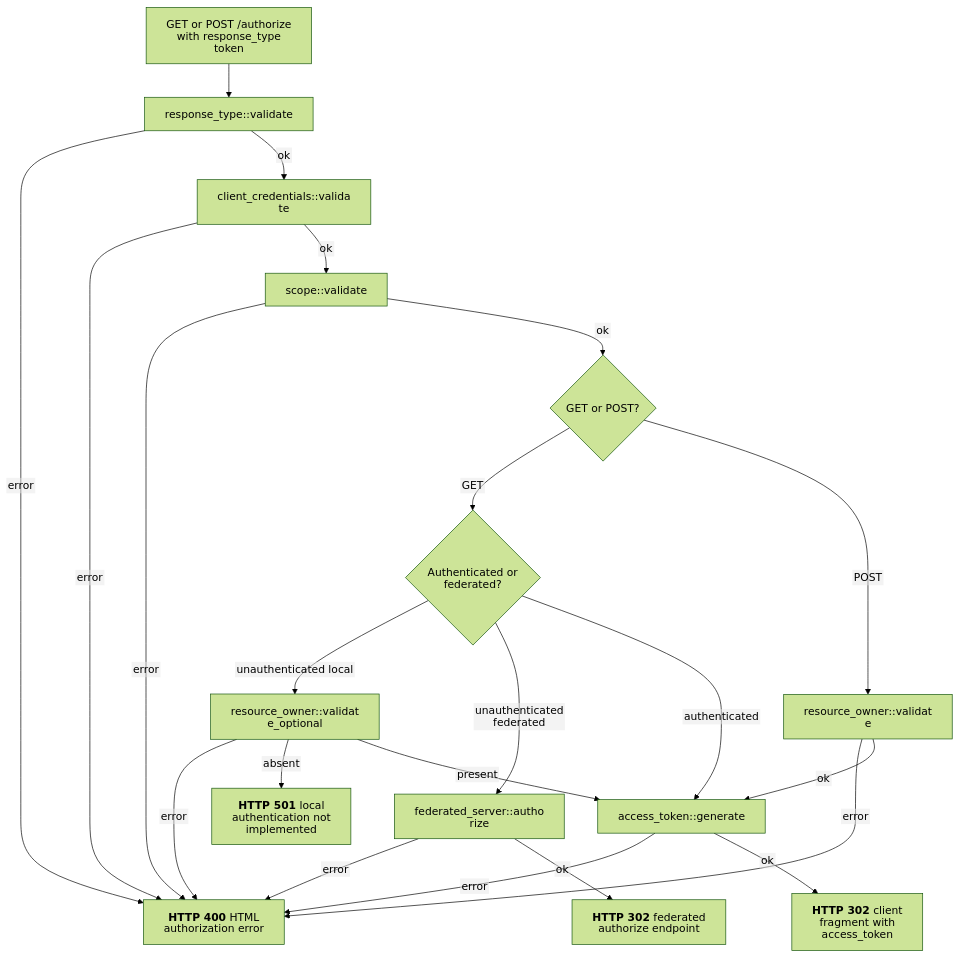
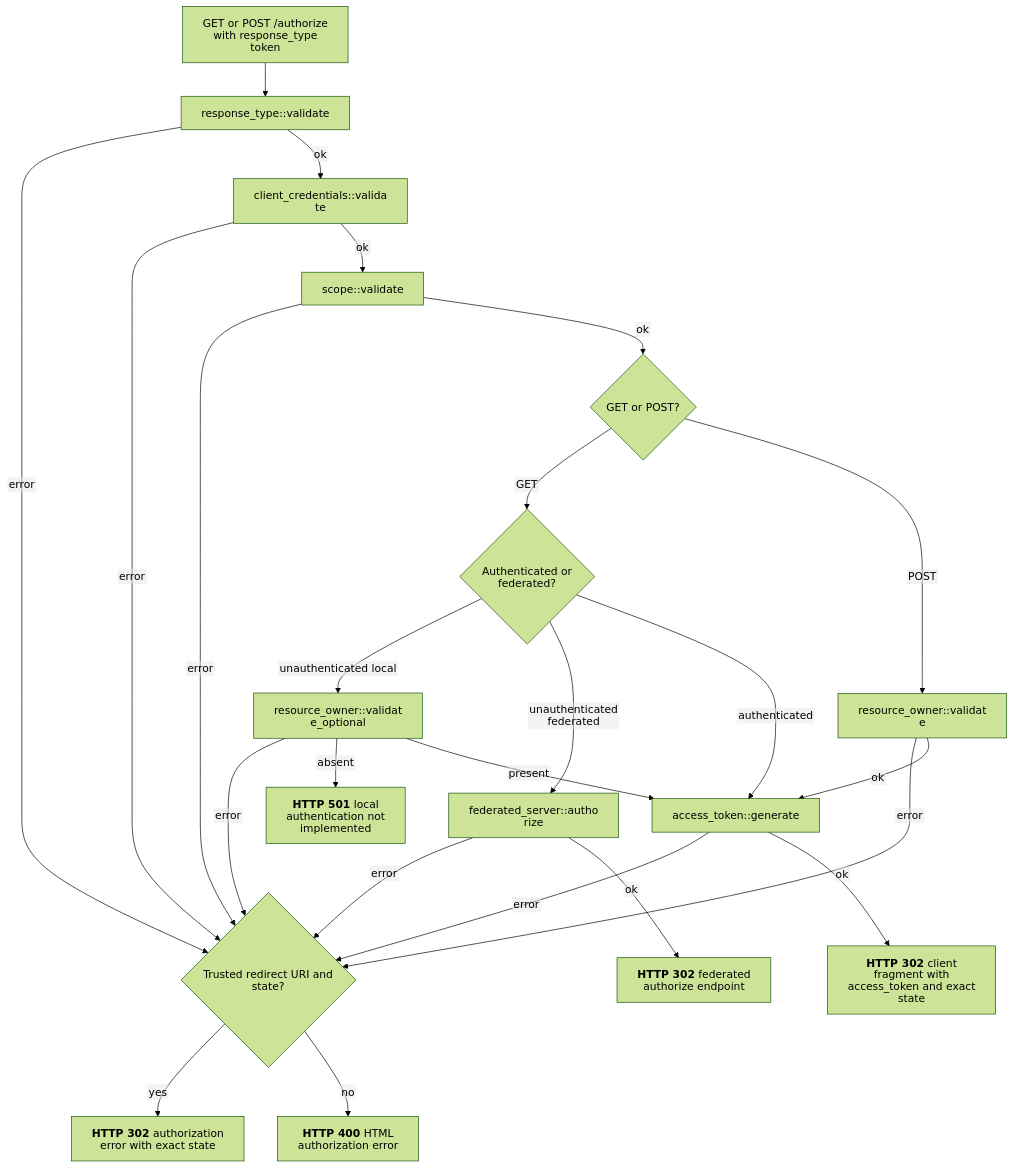
Before and after one commit to malach-it/kagome: the diagram in docs/flows/oauth/implicit.mmd, drawn with Mermaid (forest theme). The commit also changed 18 other files, not shown here.

Commit message:
fix: preserve authorization response state

```diff
--- a/docs/flows/oauth/implicit.mmd
+++ b/docs/flows/oauth/implicit.mmd
@@ -1,23 +1,25 @@
 %%{init: {"htmlLabels": false, "flowchart": {"htmlLabels": false}}}%%
 flowchart TD
     start[GET or POST /authorize with response_type token] --> response_type["response_type::validate"]
-    response_type -- error --> authorize_error["`**HTTP 400** HTML authorization error`"]
+    response_type -- error --> authorize_error{Trusted redirect URI and state?}
     response_type -- ok --> client["client_credentials::validate"]
     client -- error --> authorize_error
     client -- ok --> scope["scope::validate"]
     scope -- error --> authorize_error
     scope -- ok --> method{GET or POST?}
     method -- GET --> authentication{Authenticated or federated?}
     authentication -- unauthenticated local --> owner_optional["resource_owner::validate_optional"]
     owner_optional -- error --> authorize_error
     owner_optional -- absent --> not_implemented["`**HTTP 501** local authentication not implemented`"]
     authentication -- unauthenticated federated --> federate["federated_server::authorize"]
     federate -- error --> authorize_error
     federate -- ok --> federated_redirect["`**HTTP 302** federated authorize endpoint`"]
     authentication -- authenticated --> generate
     owner_optional -- present --> generate
     method -- POST --> owner["resource_owner::validate"]
     owner -- error --> authorize_error
     owner -- ok --> generate["access_token::generate"]
     generate -- error --> authorize_error
-    generate -- ok --> redirect["`**HTTP 302** client fragment with access_token`"]
+    generate -- ok --> redirect["`**HTTP 302** client fragment with access_token and exact state`"]
+    authorize_error -- yes --> redirect_error["`**HTTP 302** authorization error with exact state`"]
+    authorize_error -- no --> html_error["`**HTTP 400** HTML authorization error`"]
```
